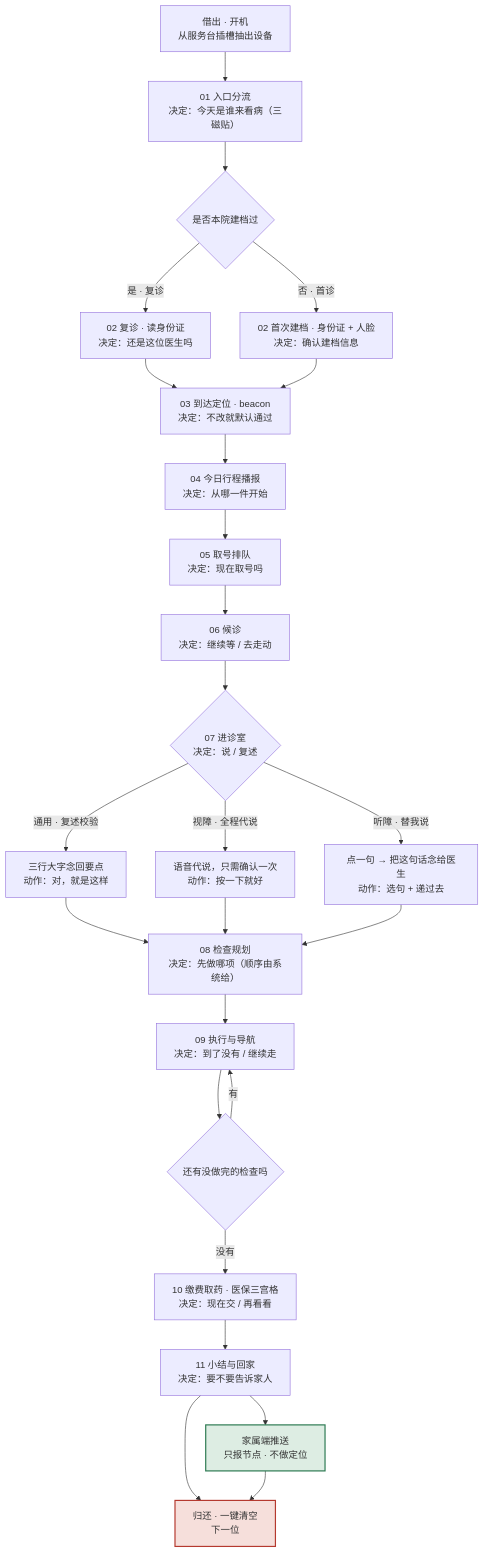
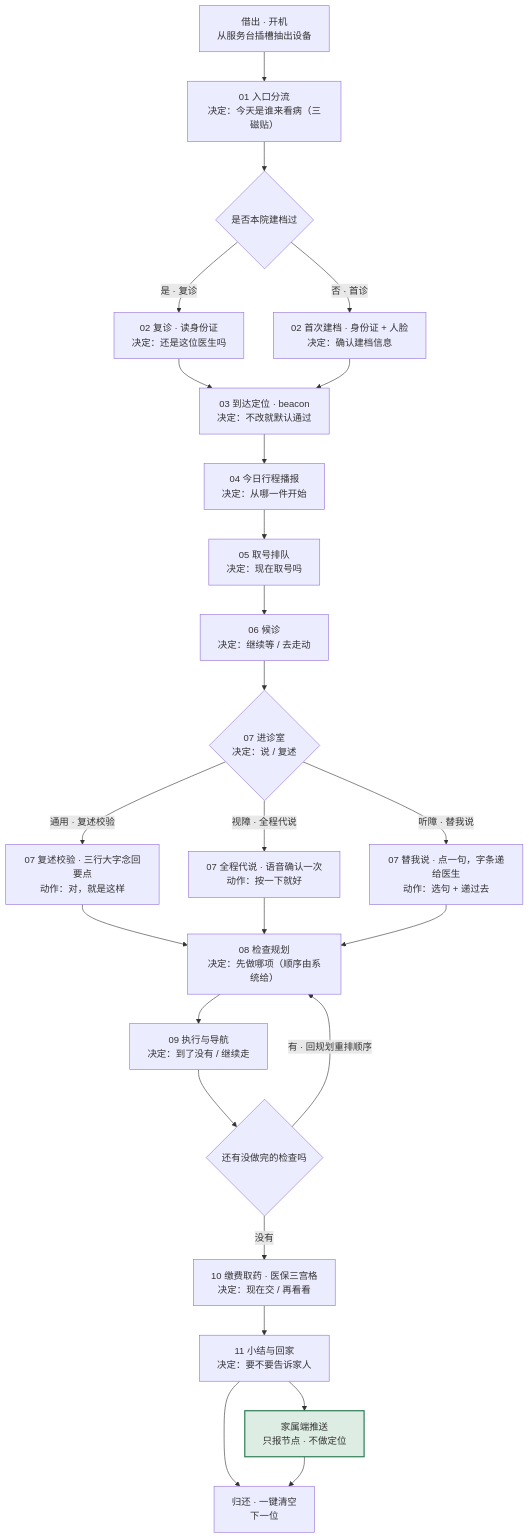
Before and after one commit to xiangyuli494-cmyk/medpal-hc2026: the diagram in 04-deliverables/02-流程图/src/主流程.mmd, drawn with Mermaid. The commit also changed 3 other files, not shown here.

```diff
--- a/04-deliverables/02-流程图/src/主流程.mmd
+++ b/04-deliverables/02-流程图/src/主流程.mmd
@@ -1,38 +1,38 @@
 %% 小暖 · 主流程图（v1，2026-11-05 / T3）
 %% 起点：T1 的 v0 骨架（同目录），T3 接管后补三处：
 %%   ① 每个节点补第二行「决定：……」，对应 02-信息架构.md 33 格表的第 2 列；
 %%   ② 07 进诊室展开成三通道分岔（通用复述校验 / 视障全程代说 / 听障替我说）；
-%%   ③ 加 classDef：红=归还清空、绿=家属端推送，让"出口"在缩略图里也能看出来。
+%%   ③ 加 classDef：绿=家属端推送；红色只留给「求助」，归还用默认墨色（T1 review 1106）。
 %% 口径来源：02-design/03-交互流程.md 第 1 节（主流程）+ 02-design/02-信息架构.md 第 2 节（33 格表）
 %% 验收：蒙住文字只看箭头能走完；每个判断点都有两条以上出路；无悬空箭头。
+%% v1.1（2026-11-06，按 T1 review 改）：K1/K2/K3 补 07 编号；做完一项检查回 08 重排
+%%   顺序（原来绕开规划，等于规划永不更新）；归还去红色。
 
 flowchart TD
   A["借出 · 开机<br/>从服务台插槽抽出设备"] --> B["01 入口分流<br/>决定：今天是谁来看病（三磁贴）"]
   B --> C{"是否本院建档过"}
   C -- "是 · 复诊" --> D["02 复诊 · 读身份证<br/>决定：还是这位医生吗"]
   C -- "否 · 首诊" --> E["02 首次建档 · 身份证 + 人脸<br/>决定：确认建档信息"]
   D --> F["03 到达定位 · beacon<br/>决定：不改就默认通过"]
   E --> F
   F --> G["04 今日行程播报<br/>决定：从哪一件开始"]
   G --> H["05 取号排队<br/>决定：现在取号吗"]
   H --> I["06 候诊<br/>决定：继续等 / 去走动"]
   I --> J{"07 进诊室<br/>决定：说 / 复述"}
-  J -- "通用 · 复述校验" --> K1["三行大字念回要点<br/>动作：对，就是这样"]
-  J -- "视障 · 全程代说" --> K2["语音代说，只需确认一次<br/>动作：按一下就好"]
-  J -- "听障 · 替我说" --> K3["点一句 → 把这句话念给医生<br/>动作：选句 + 递过去"]
+  J -- "通用 · 复述校验" --> K1["07 复述校验 · 三行大字念回要点<br/>动作：对，就是这样"]
+  J -- "视障 · 全程代说" --> K2["07 全程代说 · 语音确认一次<br/>动作：按一下就好"]
+  J -- "听障 · 替我说" --> K3["07 替我说 · 点一句，字条递给医生<br/>动作：选句 + 递过去"]
   K1 --> L["08 检查规划<br/>决定：先做哪项（顺序由系统给）"]
   K2 --> L
   K3 --> L
   L --> M["09 执行与导航<br/>决定：到了没有 / 继续走"]
   M --> N{"还有没做完的检查吗"}
-  N -- "有" --> M
+  N -- "有 · 回规划重排顺序" --> L
   N -- "没有" --> O["10 缴费取药 · 医保三宫格<br/>决定：现在交 / 再看看"]
   O --> P["11 小结与回家<br/>决定：要不要告诉家人"]
   P --> Q["家属端推送<br/>只报节点 · 不做定位"]
   P --> R["归还 · 一键清空<br/>下一位"]
   Q --> R
 
-  classDef stop fill:#F6DFDB,stroke:#B5392F,stroke-width:2px
   classDef done fill:#DDEDE3,stroke:#2C7A52,stroke-width:2px
-  class R stop
   class Q done
```
